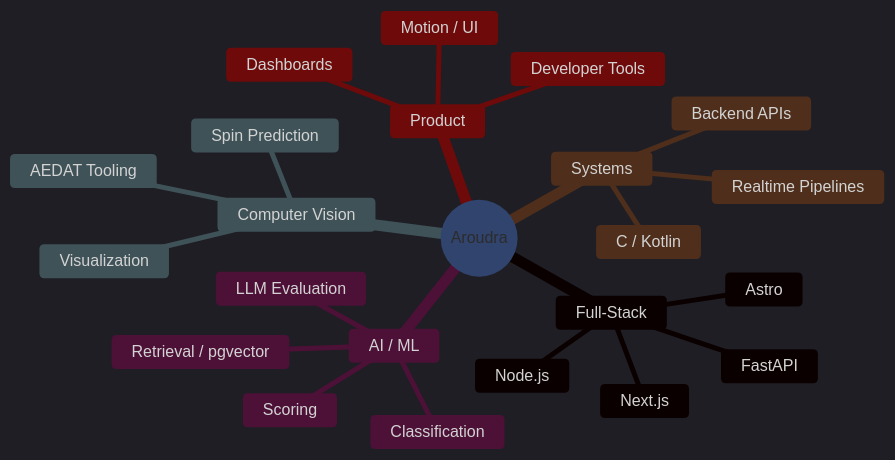
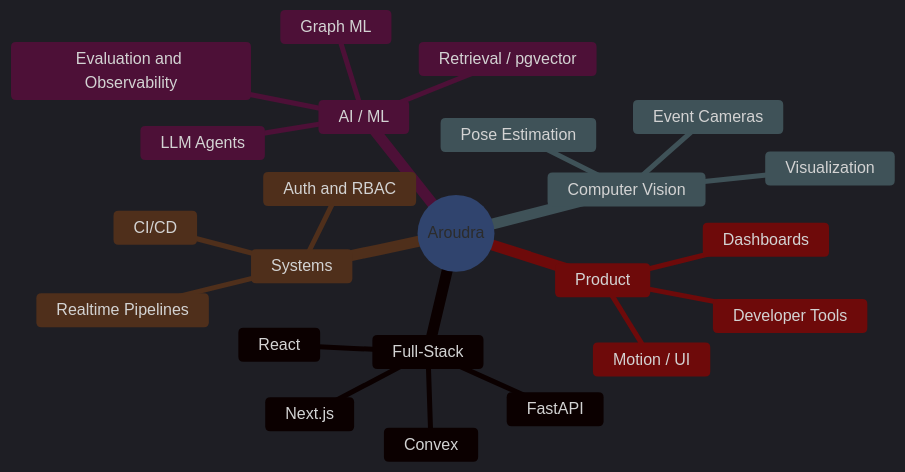
One commit to aroudrasthakur/aroudrasthakur changed the diagram in README.md. Above: the diagram before and after it, drawn with Mermaid. The commit also changed other lines of this file, not shown here.

````diff
--- a/README.md
+++ b/README.md
@@ -74,27 +84,27 @@
 ```mermaid
 %%{init: {'theme':'dark', 'themeVariables': {'primaryColor':'#1f2937','primaryTextColor':'#e5e7eb','primaryBorderColor':'#6366f1','lineColor':'#6366f1','secondaryColor':'#111827','tertiaryColor':'#0d1117'}}}%%
 mindmap
   root((Aroudra))
     Full-Stack
       Next.js
-      Astro
+      React
       FastAPI
-      Node.js
+      Convex
     AI / ML
-      LLM Evaluation
+      LLM Agents
+      Evaluation and Observability
       Retrieval / pgvector
-      Classification
-      Scoring
+      Graph ML
     Computer Vision
-      AEDAT Tooling
-      Spin Prediction
+      Event Cameras
+      Pose Estimation
       Visualization
     Systems
-      C / Kotlin
-      Backend APIs
+      Auth and RBAC
+      CI/CD
       Realtime Pipelines
     Product
       Developer Tools
       Dashboards
       Motion / UI
 ```
````
